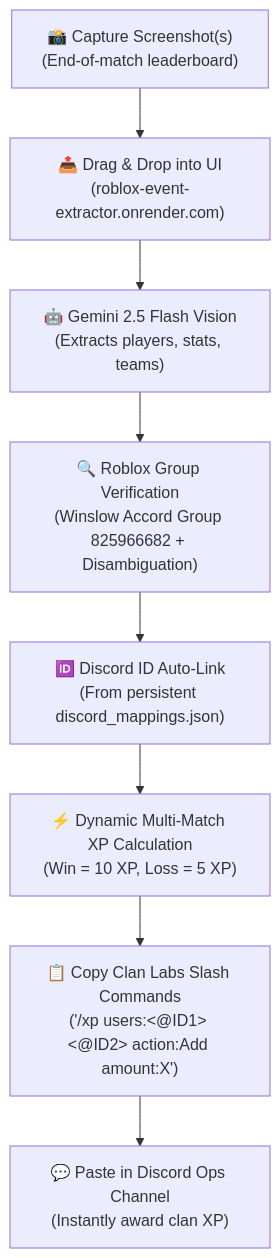
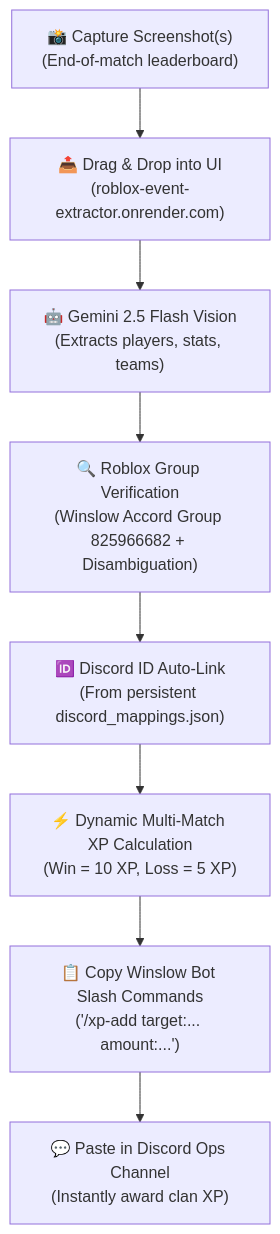
Before and after one commit to himkhadr-boop/roblox-event-extractor: the diagram in README.md, drawn with Mermaid. The commit also changed other lines of this file and 7 other files, not shown here.

Commit message:
Transition from Clan Labs to Winslow custom bot /xp-add slash commands

````diff
--- a/README.md
+++ b/README.md
@@ -246,10 +247,10 @@
 ```mermaid
 flowchart TD
     A["📸 Capture Screenshot(s)<br/>(End-of-match leaderboard)"] --> B["📤 Drag & Drop into UI<br/>(roblox-event-extractor.onrender.com)"]
     B --> C["🤖 Gemini 2.5 Flash Vision<br/>(Extracts players, stats, teams)"]
     C --> D["🔍 Roblox Group Verification<br/>(Winslow Accord Group 825966682 + Disambiguation)"]
     D --> E["🆔 Discord ID Auto-Link<br/>(From persistent discord_mappings.json)"]
     E --> F["⚡ Dynamic Multi-Match XP Calculation<br/>(Win = 10 XP, Loss = 5 XP)"]
-    F --> G["📋 Copy Clan Labs Slash Commands<br/>('/xp users:<@ID1> <@ID2> action:Add amount:X')"]
+    F --> G["📋 Copy Winslow Bot Slash Commands<br/>('/xp-add target:... amount:...')"]
     G --> H["💬 Paste in Discord Ops Channel<br/>(Instantly award clan XP)"]
 ```
````
